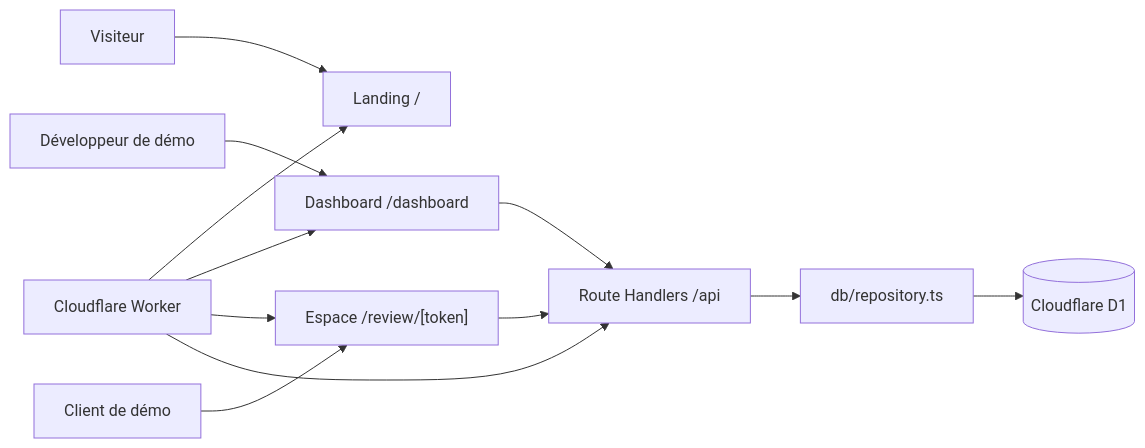
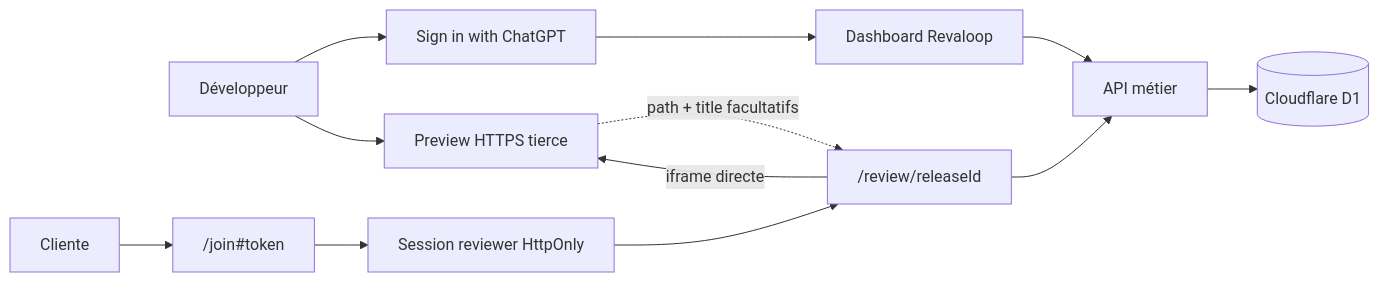
One commit to rfielbal/Revaloop changed the first of 3 diagrams in docs/ARCHITECTURE.md. Above: the diagram before and after it, drawn with Mermaid. The commit also changed other lines of this file and 47 other files, not shown here.

Commit message:
Rend Revaloop prêt pour un premier pilote client

````diff
--- a/docs/ARCHITECTURE.md
+++ b/docs/ARCHITECTURE.md
@@ -35,14 +19,16 @@
 ```mermaid
 flowchart LR
-    visitor["Visiteur"] --> landing["Landing /"]
-    developer["Développeur de démo"] --> dashboard["Dashboard /dashboard"]
-    reviewer["Client de démo"] --> review["Espace /review/[token]"]
-    dashboard --> api["Route Handlers /api"]
+    dev["Développeur"] --> siwc["Sign in with ChatGPT"]
+    siwc --> dashboard["Dashboard Revaloop"]
+    dashboard --> api["API métier"]
+
+    dev --> preview["Preview HTTPS tierce"]
+    api --> d1[("Cloudflare D1")]
+
+    client["Cliente"] --> join["/join#token"]
+    join --> session["Session reviewer HttpOnly"]
+    session --> review["/review/releaseId"]
     review --> api
-    api --> repository["db/repository.ts"]
-    repository --> d1[("Cloudflare D1")]
-    worker["Cloudflare Worker"] --> landing
-    worker --> dashboard
-    worker --> review
-    worker --> api
+    review -->|"iframe directe"| preview
+    preview -. "path + title facultatifs" .-> review
 ```
````
